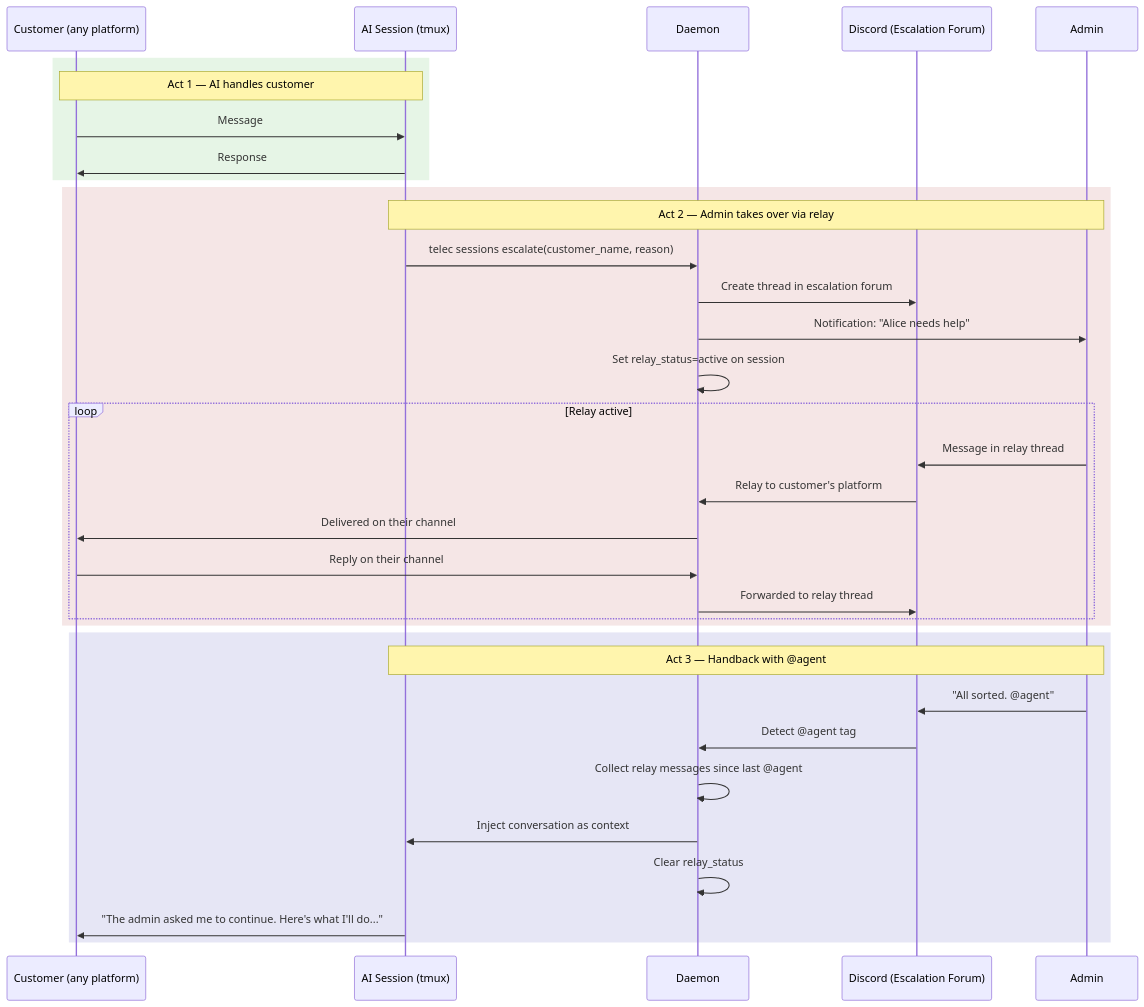
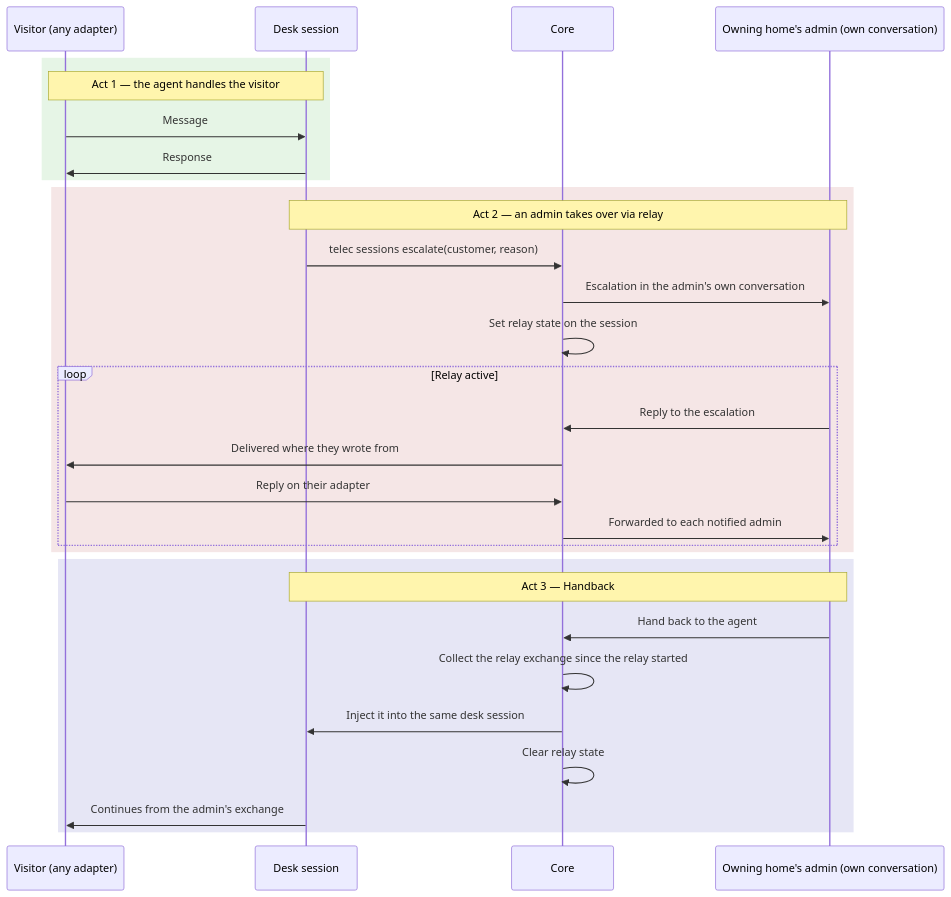
One commit to InstruktAI/TeleClaude changed the second of 10 diagrams in docs/local/design/architecture/help-desk-platform.md. Above: the diagram before and after it, drawn with Mermaid. The commit also changed other lines of this file and 16 other files, not shown here.

````diff
--- a/docs/local/design/architecture/help-desk-platform.md
+++ b/docs/local/design/architecture/help-desk-platform.md
@@ -209,40 +167,36 @@
 ```mermaid
 sequenceDiagram
-    participant Customer as Customer (any platform)
-    participant AI as AI Session (tmux)
-    participant Daemon
-    participant Discord as Discord (Escalation Forum)
-    participant Admin
+    participant Visitor as Visitor (any adapter)
+    participant AI as Desk session
+    participant Core
+    participant Admin as Owning home's admin (own conversation)
 
     rect rgb(230,245,230)
-        Note over Customer,AI: Act 1 — AI handles customer
-        Customer->>AI: Message
-        AI->>Customer: Response
+        Note over Visitor,AI: Act 1 — the agent handles the visitor
+        Visitor->>AI: Message
+        AI->>Visitor: Response
     end
 
     rect rgb(245,230,230)
-        Note over AI,Admin: Act 2 — Admin takes over via relay
-        AI->>Daemon: telec sessions escalate(customer_name, reason)
-        Daemon->>Discord: Create thread in escalation forum
-        Daemon->>Admin: Notification: "Alice needs help"
-        Daemon->>Daemon: Set relay_status=active on session
+        Note over AI,Admin: Act 2 — an admin takes over via relay
+        AI->>Core: telec sessions escalate(customer, reason)
+        Core->>Admin: Escalation in the admin's own conversation
+        Core->>Core: Set relay state on the session
 
         loop Relay active
-            Admin->>Discord: Message in relay thread
-            Discord->>Daemon: Relay to customer's platform
-            Daemon->>Customer: Delivered on their channel
-            Customer->>Daemon: Reply on their channel
-            Daemon->>Discord: Forwarded to relay thread
+            Admin->>Core: Reply to the escalation
+            Core->>Visitor: Delivered where they wrote from
+            Visitor->>Core: Reply on their adapter
+            Core->>Admin: Forwarded to each notified admin
         end
     end
 
     rect rgb(230,230,245)
-        Note over Admin,AI: Act 3 — Handback with @agent
-        Admin->>Discord: "All sorted. @agent"
-        Discord->>Daemon: Detect @agent tag
-        Daemon->>Daemon: Collect relay messages since last @agent
-        Daemon->>AI: Inject conversation as context
-        Daemon->>Daemon: Clear relay_status
-        AI->>Customer: "The admin asked me to continue. Here's what I'll do..."
+        Note over Admin,AI: Act 3 — Handback
+        Admin->>Core: Hand back to the agent
+        Core->>Core: Collect the relay exchange since the relay started
+        Core->>AI: Inject it into the same desk session
+        Core->>Core: Clear relay state
+        AI->>Visitor: Continues from the admin's exchange
     end
 ```
````
